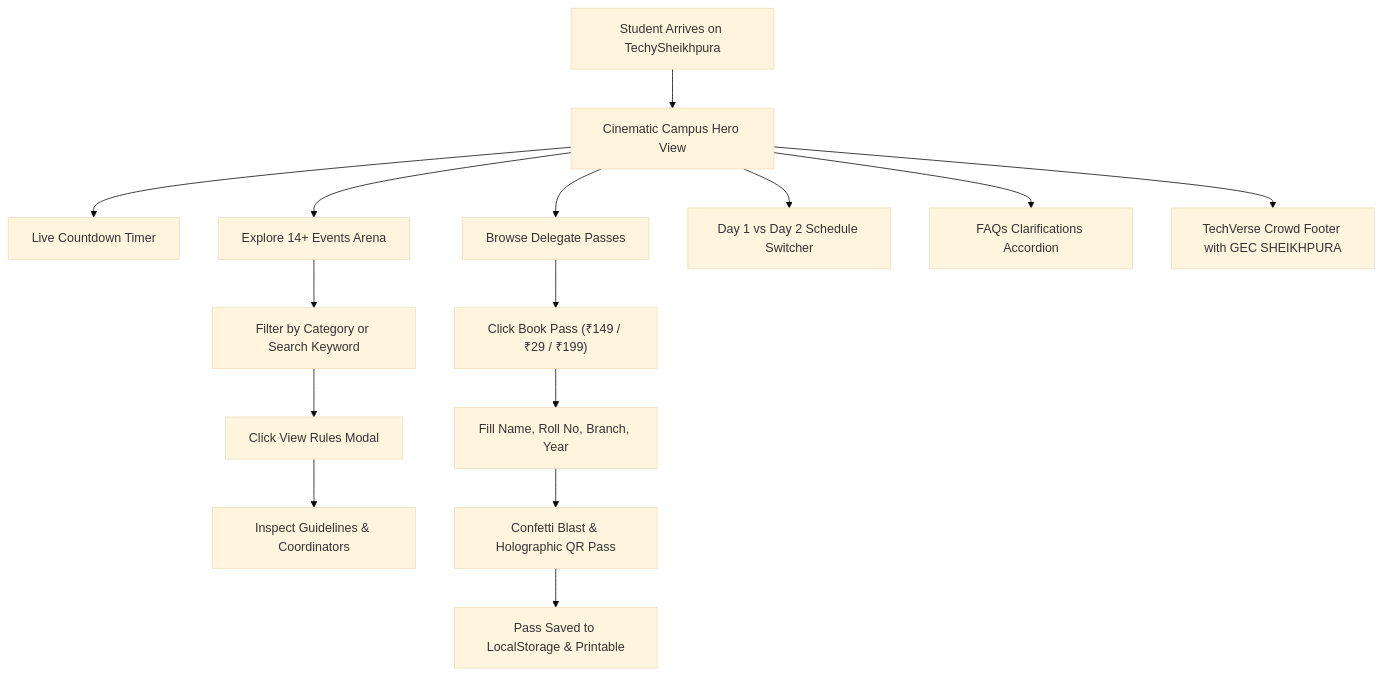
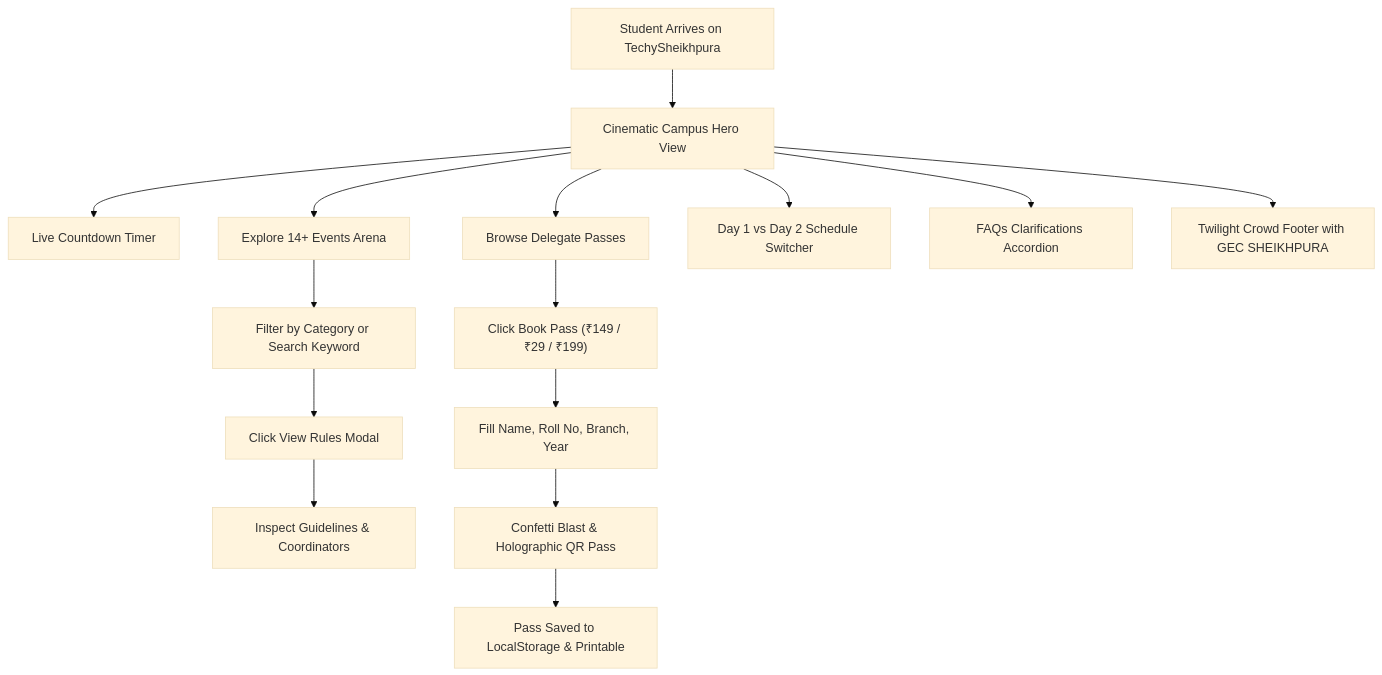
One commit to Dilkhushkumardev/TechySheikhpura changed the diagram in docs/PRD.md. Above: the diagram before and after it, drawn with Mermaid (base theme). The commit also changed other lines of this file and 7 other files, not shown here.

Commit message:
Redesign centered showcase README with custom hero SVG and remove TechVerse references

````diff
--- a/docs/PRD.md
+++ b/docs/PRD.md
@@ -21,20 +21,20 @@
 ```mermaid
 flowchart TD
     A["Student Arrives on TechySheikhpura"] --> B["Cinematic Campus Hero View"]
     B --> C["Live Countdown Timer"]
     B --> D["Browse Delegate Passes"]
     B --> E["Explore 14+ Events Arena"]
 
     E --> F["Filter by Category or Search Keyword"]
     F --> G["Click View Rules Modal"]
     G --> H["Inspect Guidelines & Coordinators"]
 
     D --> I["Click Book Pass (₹149 / ₹29 / ₹199)"]
     I --> J["Fill Name, Roll No, Branch, Year"]
     J --> K["Confetti Blast & Holographic QR Pass"]
     K --> L["Pass Saved to LocalStorage & Printable"]
 
     B --> M["Day 1 vs Day 2 Schedule Switcher"]
     B --> N["FAQs Clarifications Accordion"]
-    B --> O["TechVerse Crowd Footer with GEC SHEIKHPURA"]
+    B --> O["Twilight Crowd Footer with GEC SHEIKHPURA"]
 ```
````
